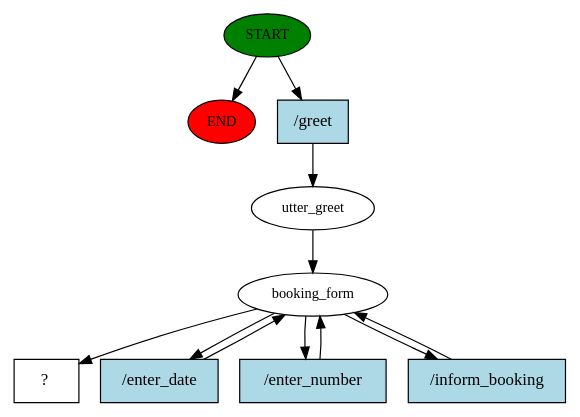
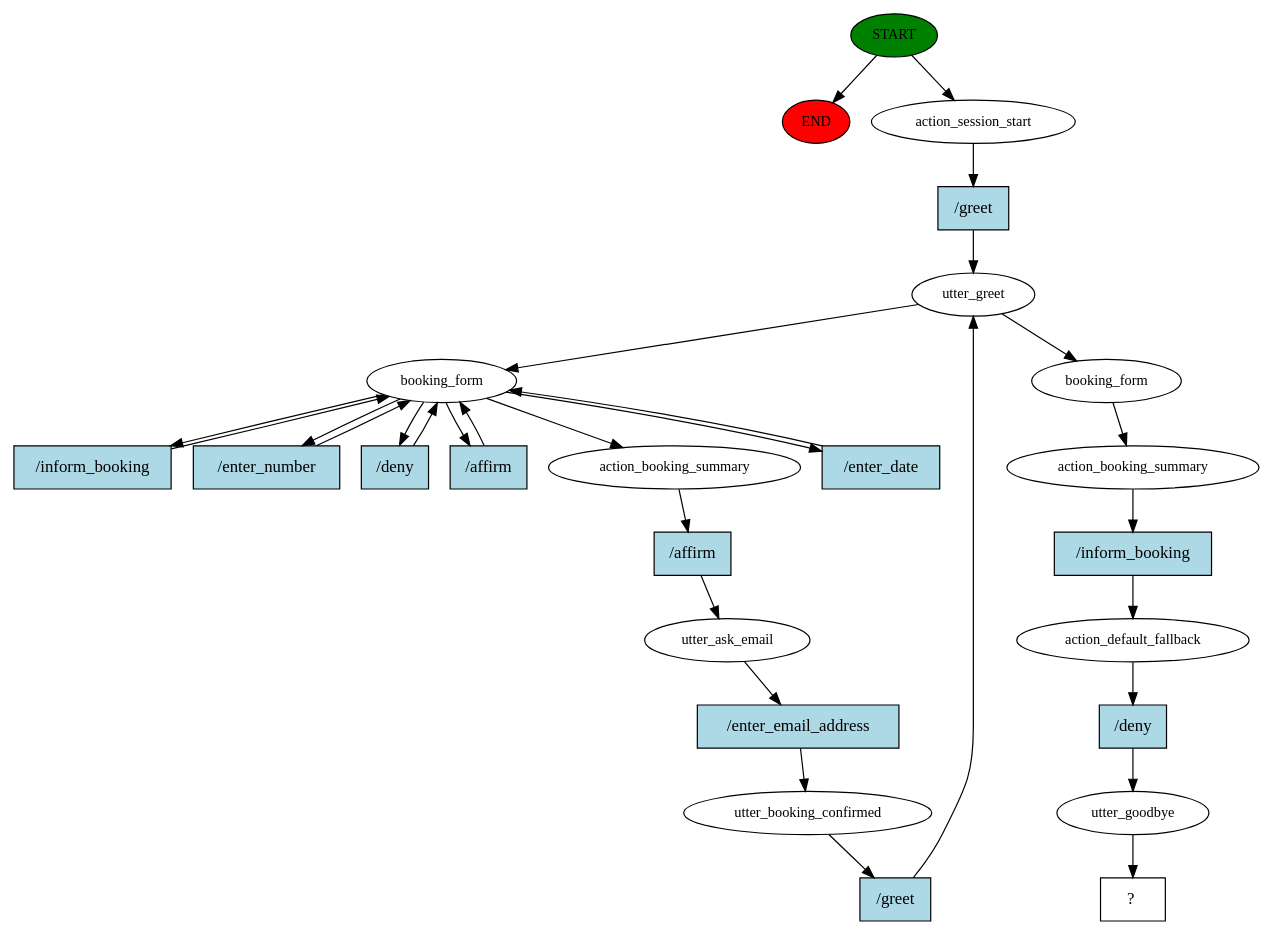
The diagram in story_graph.dot (nbfr-ui/rasa-chatbot), drawn with Graphviz before and after one commit. The commit also changed 4 other files, not shown here.

```diff
--- a/story_graph.dot
+++ b/story_graph.dot
@@ -1,22 +1,55 @@
 digraph  {
 0 [class="start active", fillcolor=green, fontsize=12, label=START, style=filled];
 "-1" [class=end, fillcolor=red, fontsize=12, label=END, style=filled];
-1 [class=active, fontsize=12, label=utter_greet];
-2 [class=active, fontsize=12, label=booking_form];
-6 [class="intent dashed active", label="  ?  ", shape=rect];
-7 [class="intent active", fillcolor=lightblue, label="/greet", shape=rect, style=filled];
-8 [class="intent active", fillcolor=lightblue, label="/enter_date", shape=rect, style=filled];
-9 [class="intent active", fillcolor=lightblue, label="/enter_number", shape=rect, style=filled];
-10 [class="intent active", fillcolor=lightblue, label="/inform_booking", shape=rect, style=filled];
+1 [class=active, fontsize=12, label=action_session_start];
+2 [class=active, fontsize=12, label=utter_greet];
+3 [class=active, fontsize=12, label=booking_form];
+9 [class=active, fontsize=12, label=action_booking_summary];
+10 [class=active, fontsize=12, label=utter_ask_email];
+11 [class=active, fontsize=12, label=utter_booking_confirmed];
+13 [class=active, fontsize=12, label=booking_form];
+14 [class=active, fontsize=12, label=action_booking_summary];
+15 [class=active, fontsize=12, label=action_default_fallback];
+16 [class=active, fontsize=12, label=utter_goodbye];
+17 [class="intent dashed active", label="  ?  ", shape=rect];
+18 [class="intent active", fillcolor=lightblue, label="/greet", shape=rect, style=filled];
+19 [class="intent active", fillcolor=lightblue, label="/enter_date", shape=rect, style=filled];
+20 [class="intent active", fillcolor=lightblue, label="/inform_booking", shape=rect, style=filled];
+21 [class="intent active", fillcolor=lightblue, label="/enter_number", shape=rect, style=filled];
+22 [class="intent active", fillcolor=lightblue, label="/deny", shape=rect, style=filled];
+23 [class="intent active", fillcolor=lightblue, label="/affirm", shape=rect, style=filled];
+24 [class="intent active", fillcolor=lightblue, label="/affirm", shape=rect, style=filled];
+25 [class="intent active", fillcolor=lightblue, label="/enter_email_address", shape=rect, style=filled];
+26 [class="intent active", fillcolor=lightblue, label="/greet", shape=rect, style=filled];
+27 [class="intent active", fillcolor=lightblue, label="/inform_booking", shape=rect, style=filled];
+28 [class="intent active", fillcolor=lightblue, label="/deny", shape=rect, style=filled];
 0 -> "-1"  [class="", key=NONE, label=""];
-0 -> 7  [class=active, key=0];
-1 -> 2  [class=active, key=NONE, label=""];
-2 -> 6  [class=active, key=NONE, label=""];
-2 -> 8  [class=active, key=0];
-2 -> 9  [class=active, key=0];
-2 -> 10  [class=active, key=0];
-7 -> 1  [class=active, key=0];
-8 -> 2  [class=active, key=0];
-9 -> 2  [class=active, key=0];
-10 -> 2  [class=active, key=0];
+0 -> 1  [class=active, key=NONE, label=""];
+1 -> 18  [class=active, key=0];
+2 -> 3  [class=active, key=NONE, label=""];
+2 -> 13  [class=active, key=NONE, label=""];
+3 -> 9  [class=active, key=NONE, label=""];
+3 -> 19  [class=active, key=0];
+3 -> 20  [class=active, key=0];
+3 -> 21  [class=active, key=0];
+3 -> 22  [class=active, key=0];
+3 -> 23  [class=active, key=0];
+9 -> 24  [class=active, key=0];
+10 -> 25  [class=active, key=0];
+11 -> 26  [class=active, key=0];
+13 -> 14  [class=active, key=NONE, label=""];
+14 -> 27  [class=active, key=0];
+15 -> 28  [class=active, key=0];
+16 -> 17  [class=active, key=NONE, label=""];
+18 -> 2  [class=active, key=0];
+19 -> 3  [class=active, key=0];
+20 -> 3  [class=active, key=0];
+21 -> 3  [class=active, key=0];
+22 -> 3  [class=active, key=0];
+23 -> 3  [class=active, key=0];
+24 -> 10  [class=active, key=0];
+25 -> 11  [class=active, key=0];
+26 -> 2  [class=active, key=0];
+27 -> 15  [class=active, key=0];
+28 -> 16  [class=active, key=0];
 }
```
